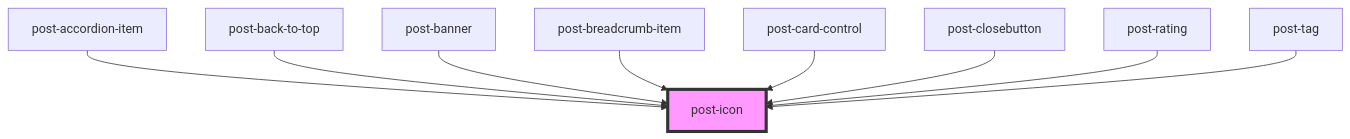
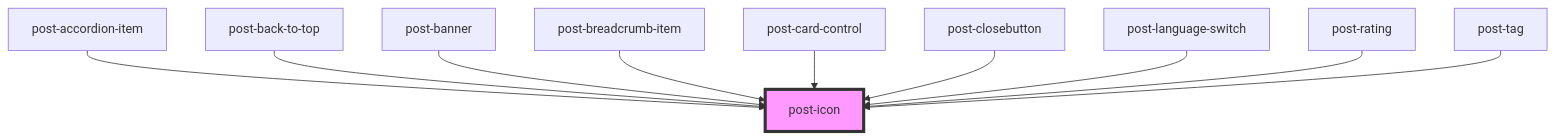
One commit to swisspost/design-system changed the diagram in packages/components/src/components/post-icon/readme.md. Above: the diagram before and after it, drawn with Mermaid. The commit also changed other lines of this file and 33 other files, not shown here.

Commit message:
feat(components): post-language-switch web component (#4044)

````diff
--- a/packages/components/src/components/post-icon/readme.md
+++ b/packages/components/src/components/post-icon/readme.md
@@ -35,12 +36,13 @@
 ```mermaid
 graph TD;
   post-accordion-item --> post-icon
   post-back-to-top --> post-icon
   post-banner --> post-icon
   post-breadcrumb-item --> post-icon
   post-card-control --> post-icon
   post-closebutton --> post-icon
+  post-language-switch --> post-icon
   post-rating --> post-icon
   post-tag --> post-icon
   style post-icon fill:#f9f,stroke:#333,stroke-width:4px
 ```
````
